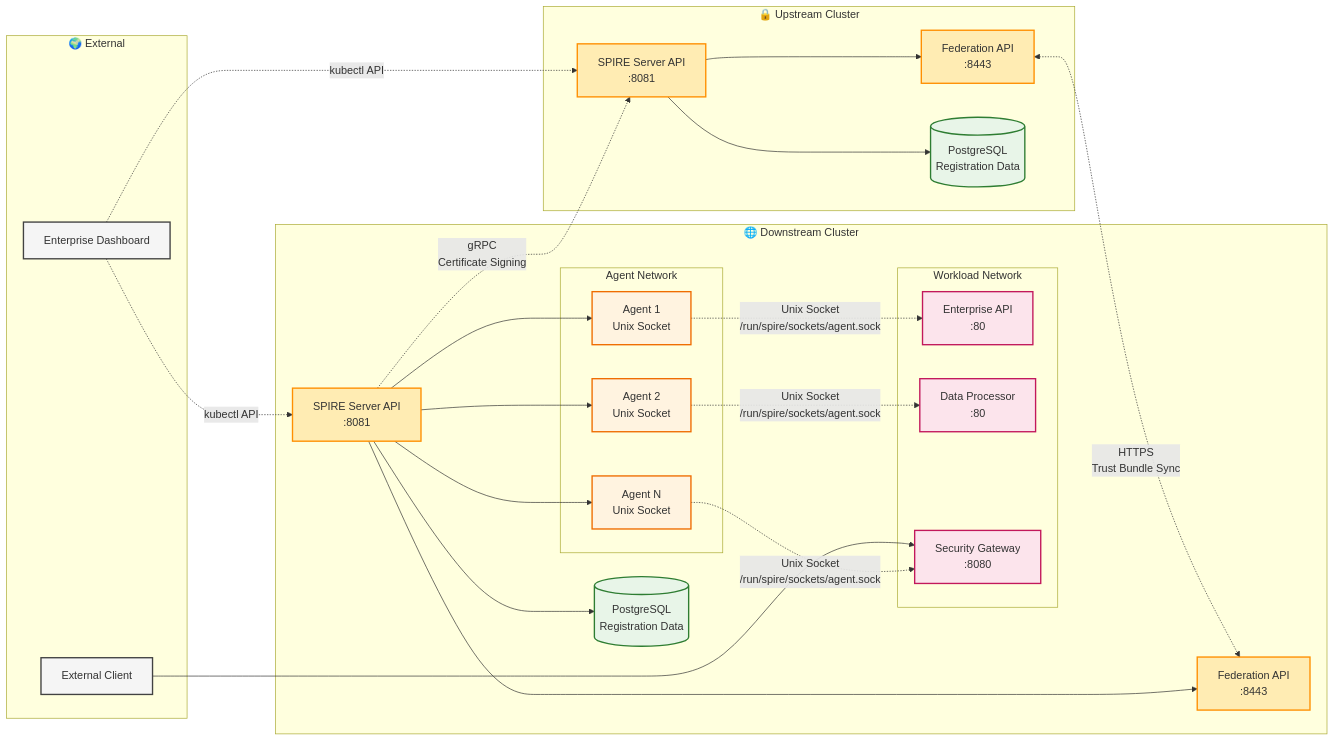
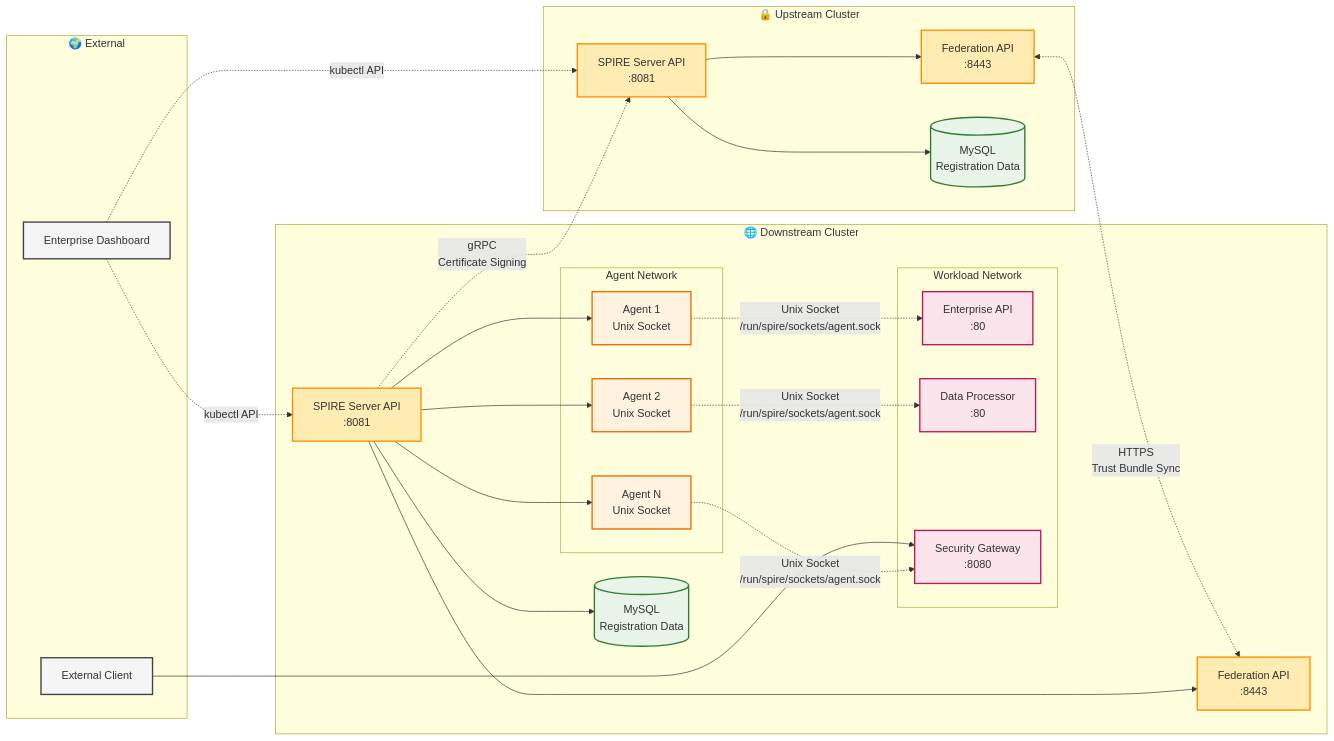
The fourth of 5 diagrams in docs/ENTERPRISE_ARCHITECTURE_DIAGRAM.md (jfiser247/spire-dev), drawn with Mermaid before and after one commit. The commit also changed other lines of this file and 50 other files, not shown here.

````diff
--- a/docs/ENTERPRISE_ARCHITECTURE_DIAGRAM.md
+++ b/docs/ENTERPRISE_ARCHITECTURE_DIAGRAM.md
@@ -230,66 +230,66 @@
 ```mermaid
 graph LR
     subgraph "🔒 Upstream Cluster"
         US_API[SPIRE Server API<br/>:8081]
         US_FED[Federation API<br/>:8443]
-        US_DB[(PostgreSQL<br/>Registration Data)]
+        US_DB[(MySQL<br/>Registration Data)]
         
         US_API --> US_DB
         US_API --> US_FED
     end
     
     subgraph "🌐 Downstream Cluster"
         DS_API[SPIRE Server API<br/>:8081]
         DS_FED[Federation API<br/>:8443]
-        DS_DB[(PostgreSQL<br/>Registration Data)]
+        DS_DB[(MySQL<br/>Registration Data)]
         
         DS_API --> DS_DB
         DS_API --> DS_FED
         
         subgraph "Agent Network"
             AG1[Agent 1<br/>Unix Socket]
             AG2[Agent 2<br/>Unix Socket]
             AG3[Agent N<br/>Unix Socket]
         end
         
         subgraph "Workload Network"
             WL1[Enterprise API<br/>:80]
             WL2[Data Processor<br/>:80]
             WL3[Security Gateway<br/>:8080]
         end
         
         DS_API --> AG1
         DS_API --> AG2
         DS_API --> AG3
         
         AG1 -.->|Unix Socket<br/>/run/spire/sockets/agent.sock| WL1
         AG2 -.->|Unix Socket<br/>/run/spire/sockets/agent.sock| WL2
         AG3 -.->|Unix Socket<br/>/run/spire/sockets/agent.sock| WL3
     end
     
     %% Cross-cluster communication
     US_FED <-.->|HTTPS<br/>Trust Bundle Sync| DS_FED
     DS_API -.->|gRPC<br/>Certificate Signing| US_API
     
     %% External access
     subgraph "🌍 External"
         CLIENT[External Client]
         DASHBOARD[Enterprise Dashboard]
     end
     
     CLIENT --> WL3
     DASHBOARD -.->|kubectl API| US_API
     DASHBOARD -.->|kubectl API| DS_API
     
     classDef server fill:#ffecb3,stroke:#ff8f00,stroke-width:2px,stroke-dasharray:0
     classDef database fill:#e8f5e8,stroke:#2e7d32,stroke-width:2px,stroke-dasharray:0
     classDef agent fill:#fff3e0,stroke:#ef6c00,stroke-width:2px,stroke-dasharray:0
     classDef workload fill:#fce4ec,stroke:#c2185b,stroke-width:2px,stroke-dasharray:0
     classDef external fill:#f5f5f5,stroke:#424242,stroke-width:2px,stroke-dasharray:0
     
     class US_API,DS_API,US_FED,DS_FED server
     class US_DB,DS_DB database
     class AG1,AG2,AG3 agent
     class WL1,WL2,WL3 workload
     class CLIENT,DASHBOARD external
 ```
````
